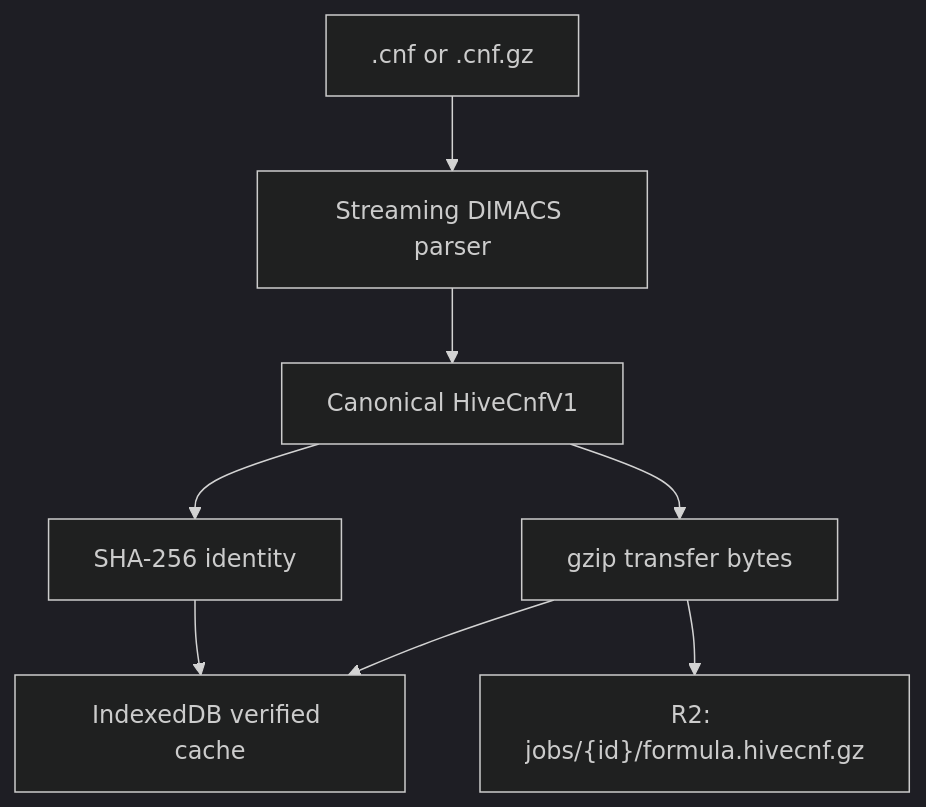
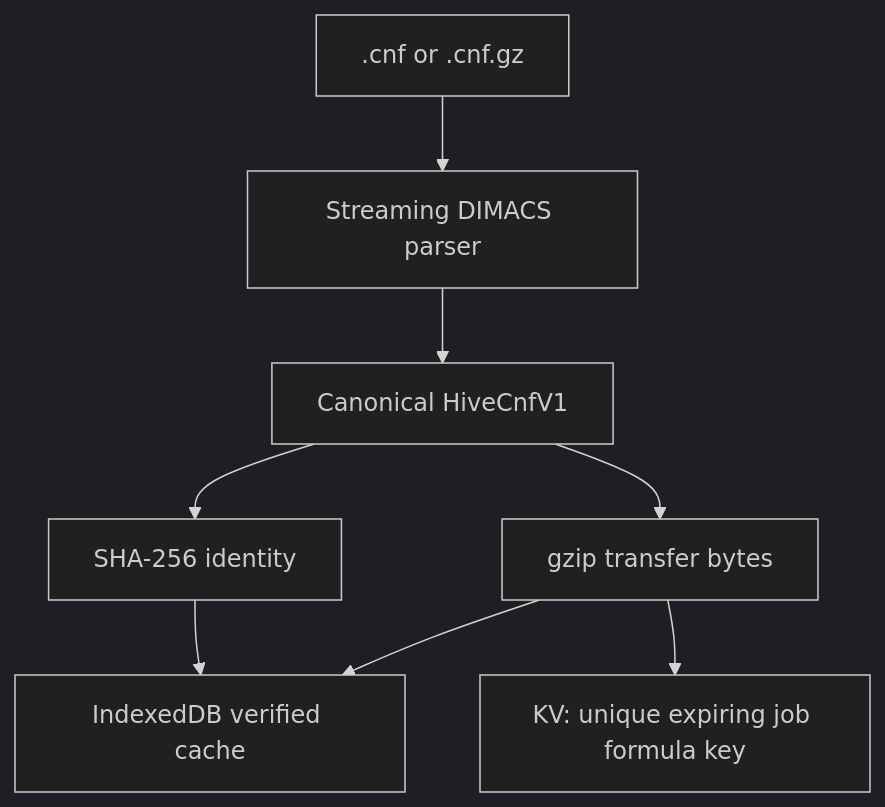
The diagram in docs/guide/02-formula-pipeline.md (LukeLawsonSoftware/hive-sat), drawn with Mermaid (dark theme) before and after one commit. The commit also changed other lines of this file and 30 other files, not shown here.

````diff
--- a/docs/guide/02-formula-pipeline.md
+++ b/docs/guide/02-formula-pipeline.md
@@ -21,10 +22,10 @@
 ```mermaid
 flowchart TD
   F[".cnf or .cnf.gz"] --> P["Streaming DIMACS parser"]
   P --> H["Canonical HiveCnfV1"]
   H --> S["SHA-256 identity"]
   H --> G["gzip transfer bytes"]
   S --> I["IndexedDB verified cache"]
   G --> I
-  G --> R["R2: jobs/{id}/formula.hivecnf.gz"]
+  G --> K["KV: unique expiring job formula key"]
 ```
````
